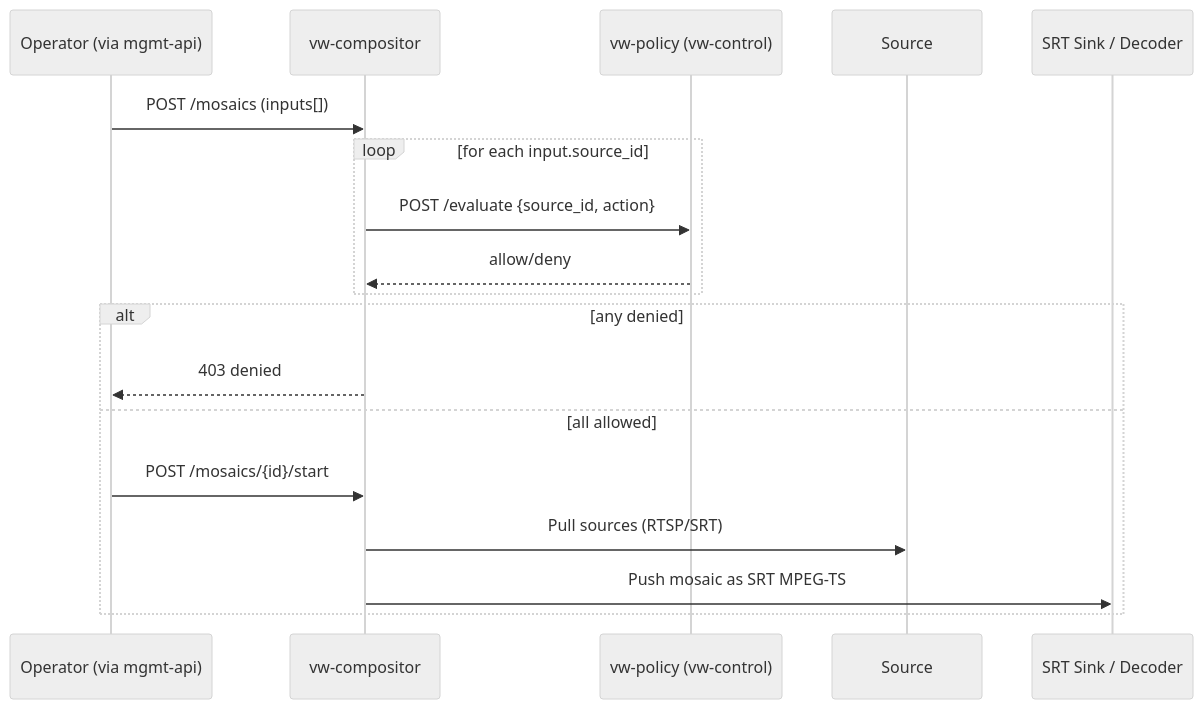
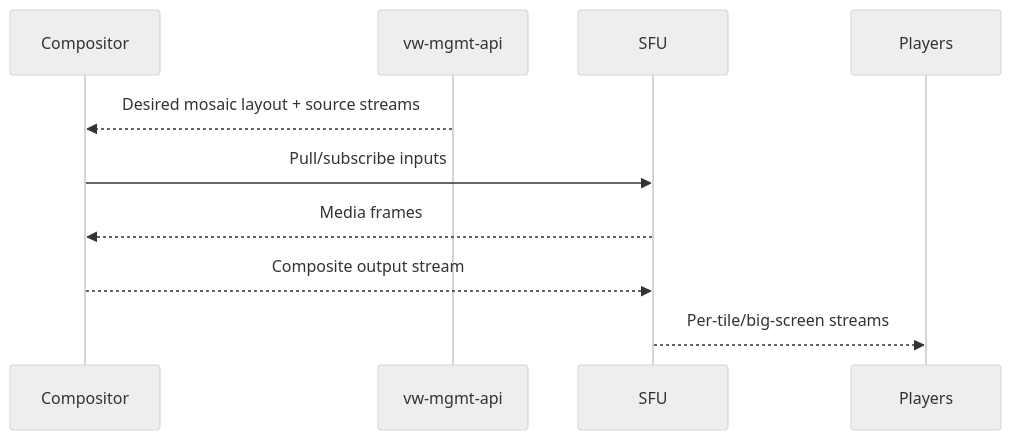
Before and after one commit to risi70/airgap-videowall: the fourth of 4 diagrams in docs/architecture.md, drawn with Mermaid (neutral theme). The commit also changed other lines of this file and 68 other files, not shown here.

````diff
--- a/docs/architecture.md
+++ b/docs/architecture.md
@@ -21,21 +107,11 @@
 ```mermaid
 sequenceDiagram
-    participant OP as Operator (via mgmt-api)
-    participant COMP as vw-compositor
-    participant POL as vw-policy (vw-control)
-    participant SRC as Source
-    participant OUT as SRT Sink / Decoder
-
-    OP->>COMP: POST /mosaics (inputs[])
-    loop for each input.source_id
-      COMP->>POL: POST /evaluate {source_id, action}
-      POL-->>COMP: allow/deny
-    end
-    alt any denied
-      COMP-->>OP: 403 denied
-    else all allowed
-      OP->>COMP: POST /mosaics/{id}/start
-      COMP->>SRC: Pull sources (RTSP/SRT)
-      COMP->>OUT: Push mosaic as SRT MPEG-TS
-    end
+  participant COMP as Compositor
+  participant MG as vw-mgmt-api
+  participant SFU as SFU
+  MG-->>COMP: Desired mosaic layout + source streams
+  COMP->>SFU: Pull/subscribe inputs
+  SFU-->>COMP: Media frames
+  COMP-->>SFU: Composite output stream
+  SFU-->>Players: Per-tile/big-screen streams
 ```
````
